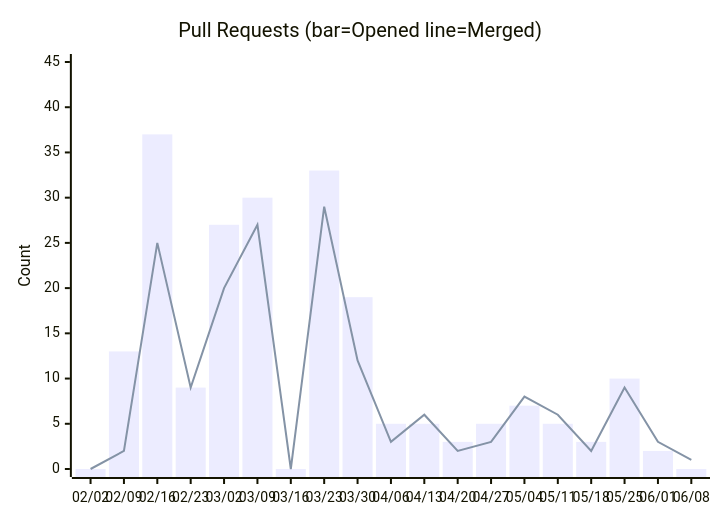
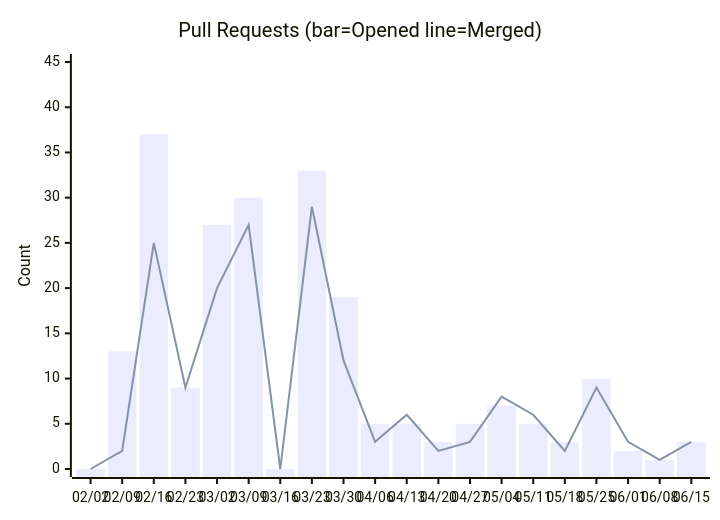
Before and after one commit to nablarch/nabledge-dev: the sixth of 14 diagrams in docs/metrics.md, drawn with Mermaid. The commit also changed other lines of this file and 2 other files, not shown here.

````diff
--- a/docs/metrics.md
+++ b/docs/metrics.md
@@ -100,8 +100,8 @@
 ```mermaid
 xychart-beta
   title "Pull Requests (bar=Opened  line=Merged)"
-  x-axis ["02/02", "02/09", "02/16", "02/23", "03/02", "03/09", "03/16", "03/23", "03/30", "04/06", "04/13", "04/20", "04/27", "05/04", "05/11", "05/18", "05/25", "06/01", "06/08"]
+  x-axis ["02/02", "02/09", "02/16", "02/23", "03/02", "03/09", "03/16", "03/23", "03/30", "04/06", "04/13", "04/20", "04/27", "05/04", "05/11", "05/18", "05/25", "06/01", "06/08", "06/15"]
   y-axis "Count" 0 --> 45
-  bar [0, 13, 37, 9, 27, 30, 0, 33, 19, 5, 5, 3, 5, 7, 5, 3, 10, 2, 0]
-  line [0, 2, 25, 9, 20, 27, 0, 29, 12, 3, 6, 2, 3, 8, 6, 2, 9, 3, 1]
+  bar [0, 13, 37, 9, 27, 30, 0, 33, 19, 5, 5, 3, 5, 7, 5, 3, 10, 2, 1, 3]
+  line [0, 2, 25, 9, 20, 27, 0, 29, 12, 3, 6, 2, 3, 8, 6, 2, 9, 3, 1, 3]
 ```
````
